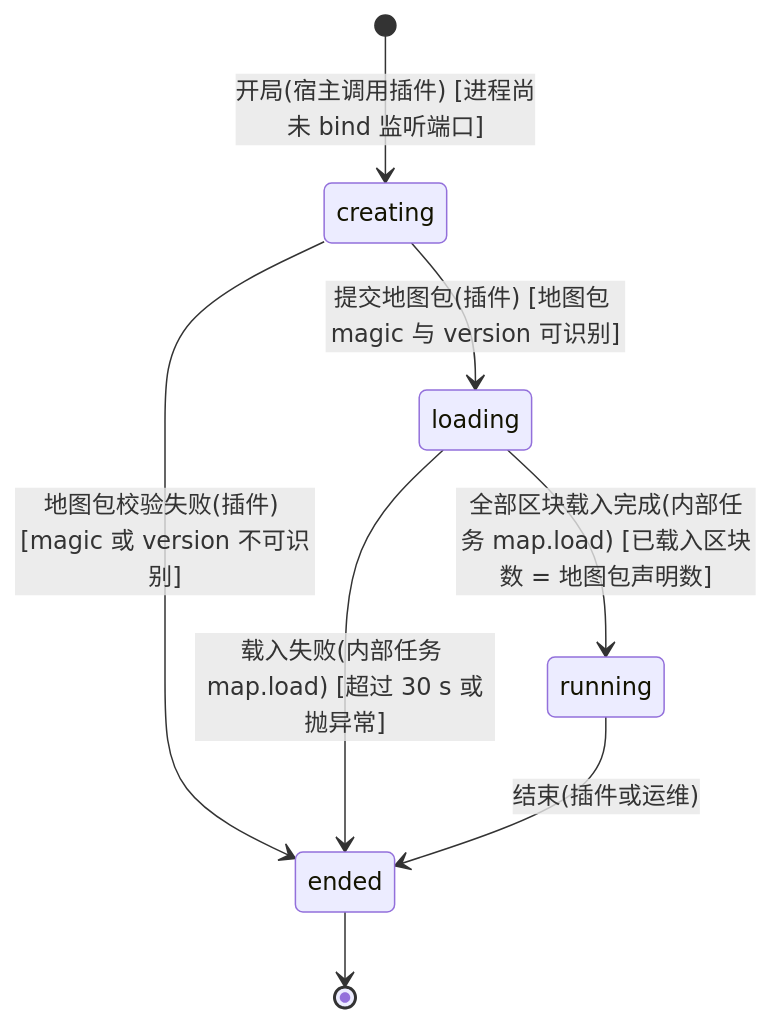
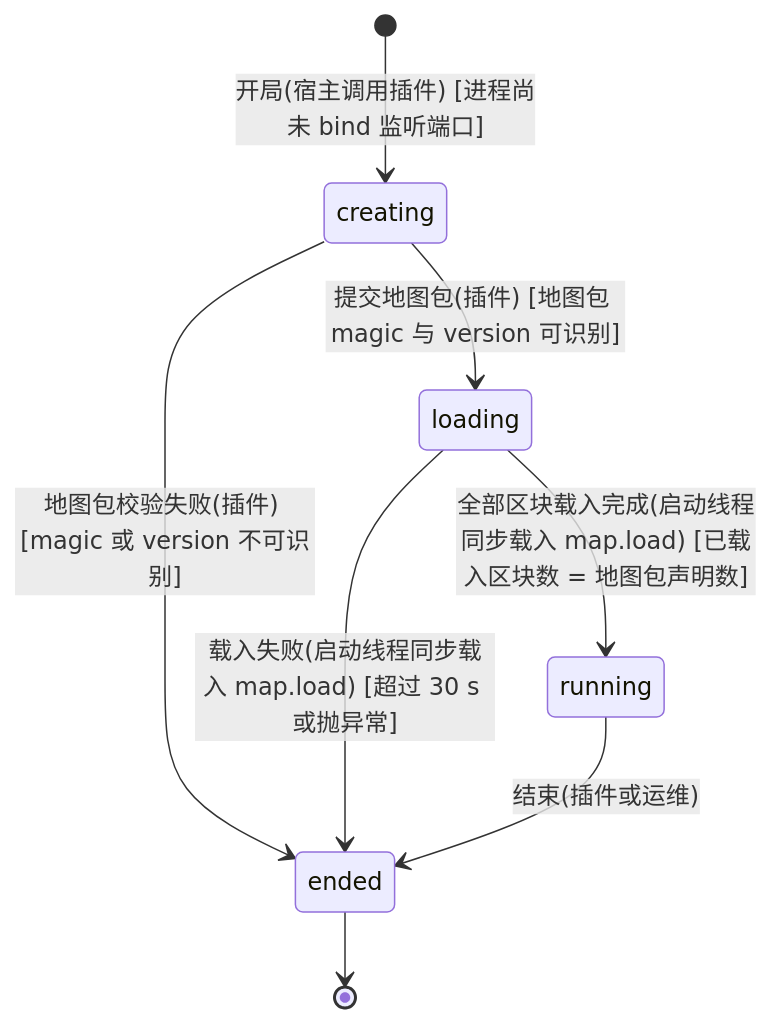
The fifth of 9 diagrams in docs/DESIGN-M2.md (Bearisbug/synaxis), drawn with Mermaid before and after one commit. The commit also changed other lines of this file and 2 other files, not shown here.

````diff
--- a/docs/DESIGN-M2.md
+++ b/docs/DESIGN-M2.md
@@ -463,10 +501,10 @@
 ```mermaid
 stateDiagram-v2
   [*] --> creating : 开局(宿主调用插件) [进程尚未 bind 监听端口]
   creating --> loading : 提交地图包(插件) [地图包 magic 与 version 可识别]
   creating --> ended : 地图包校验失败(插件) [magic 或 version 不可识别]
-  loading --> running : 全部区块载入完成(内部任务 map.load) [已载入区块数 = 地图包声明数]
-  loading --> ended : 载入失败(内部任务 map.load) [超过 30 s 或抛异常]
+  loading --> running : 全部区块载入完成(启动线程同步载入 map.load) [已载入区块数 = 地图包声明数]
+  loading --> ended : 载入失败(启动线程同步载入 map.load) [超过 30 s 或抛异常]
   running --> ended : 结束(插件或运维)
   ended --> [*]
 ```
````
